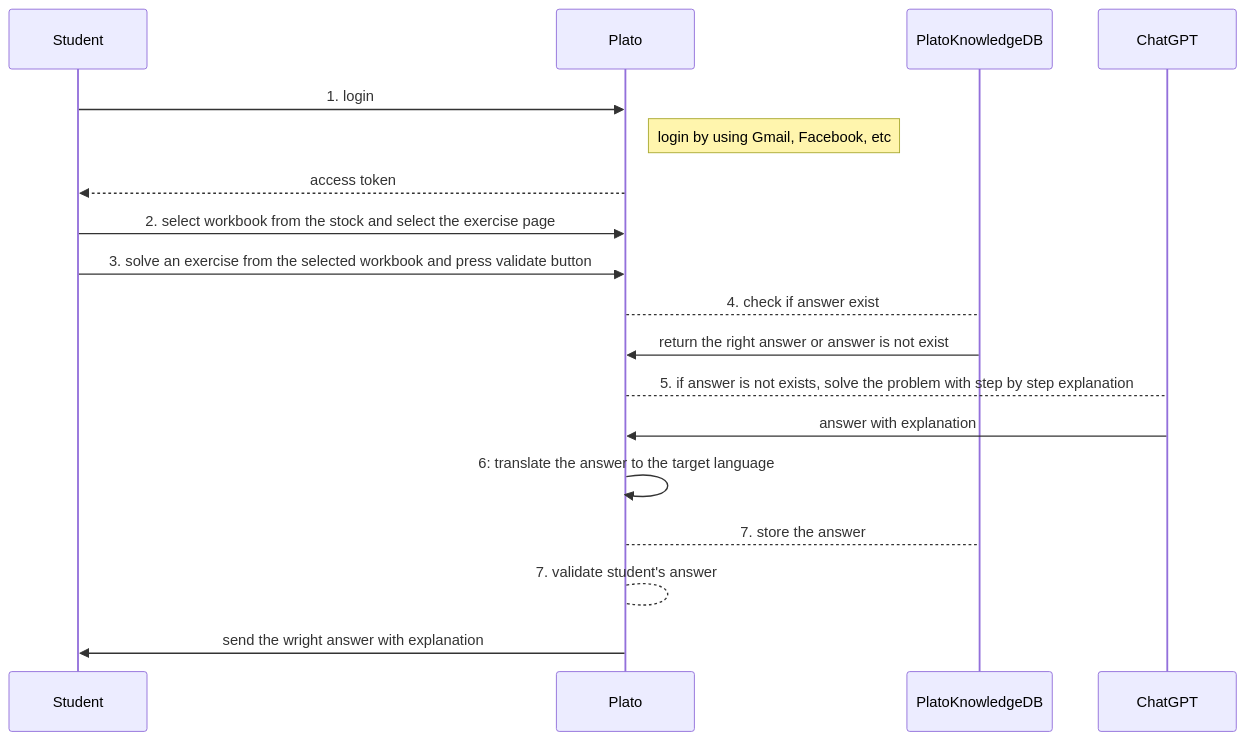
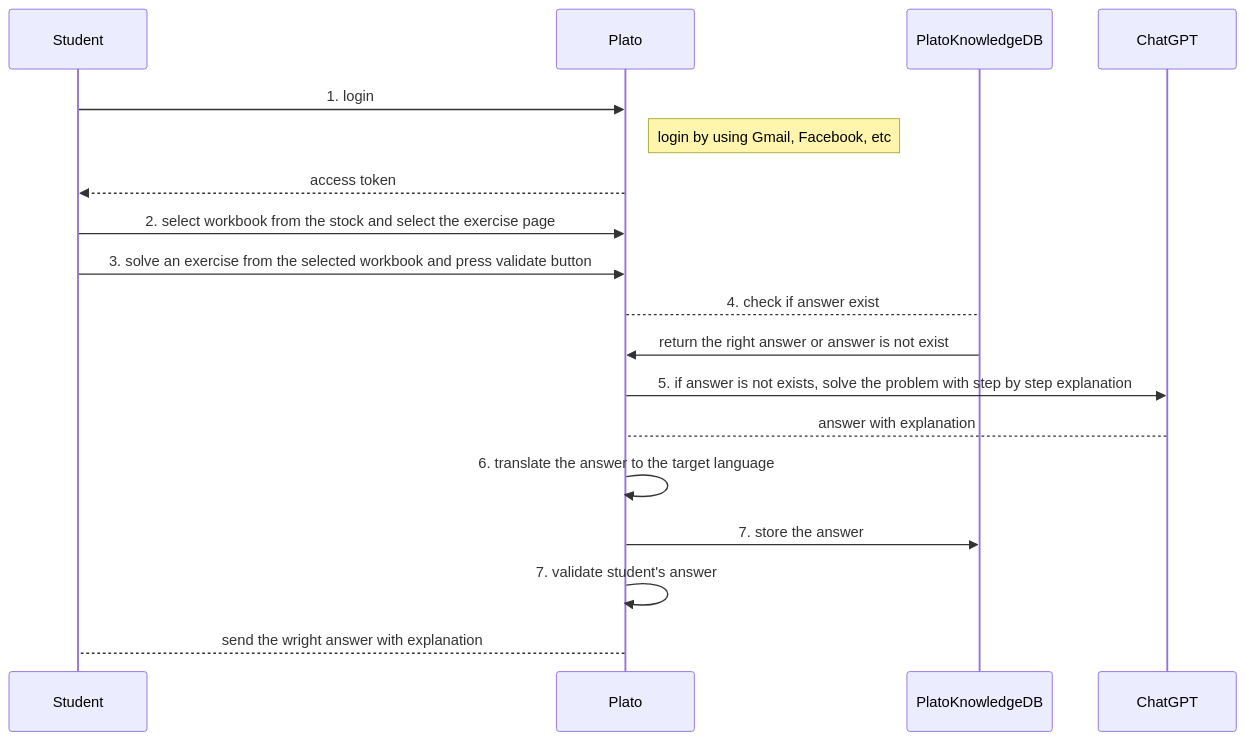
One commit to dimastatz/plato changed the second of 2 diagrams in docs/design.md. Above: the diagram before and after it, drawn with Mermaid.

Commit message:
add explanation

````diff
--- a/docs/design.md
+++ b/docs/design.md
@@ -56,16 +56,16 @@
 ```mermaid
 sequenceDiagram
 Student->>Plato: 1. login
 Note right of Plato: login by using Gmail, Facebook, etc 
 Plato-->>Student: access token
 Student->>Plato: 2. select workbook from the stock and select the exercise page
 Student->>Plato: 3. solve an exercise from the selected workbook and press validate button
 Plato-->PlatoKnowledgeDB: 4. check if answer exist
 PlatoKnowledgeDB->>Plato: return the right answer or answer is not exist
-Plato-->ChatGPT: 5. if answer is not exists, solve the problem with step by step explanation 
-ChatGPT->>Plato: answer with explanation
-Plato->>Plato: 6: translate the answer to the target language
-Plato-->PlatoKnowledgeDB: 7. store the answer
-Plato-->Plato: 7. validate student's answer
-Plato->>Student: send the wright answer with explanation
+Plato->>ChatGPT: 5. if answer is not exists, solve the problem with step by step explanation 
+ChatGPT-->Plato: answer with explanation
+Plato->>Plato: 6. translate the answer to the target language
+Plato->>PlatoKnowledgeDB: 7. store the answer
+Plato->>Plato: 7. validate student's answer
+Plato-->Student: send the wright answer with explanation
 ```
````
